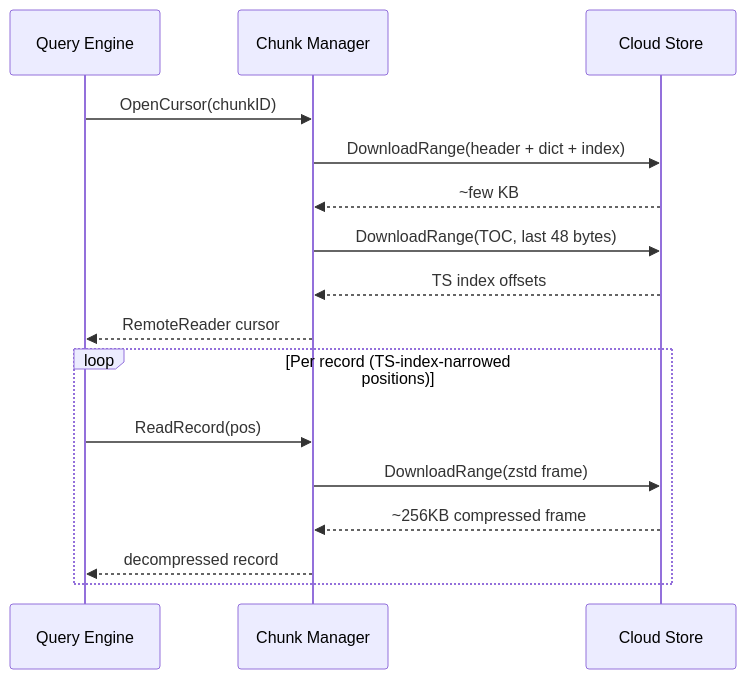
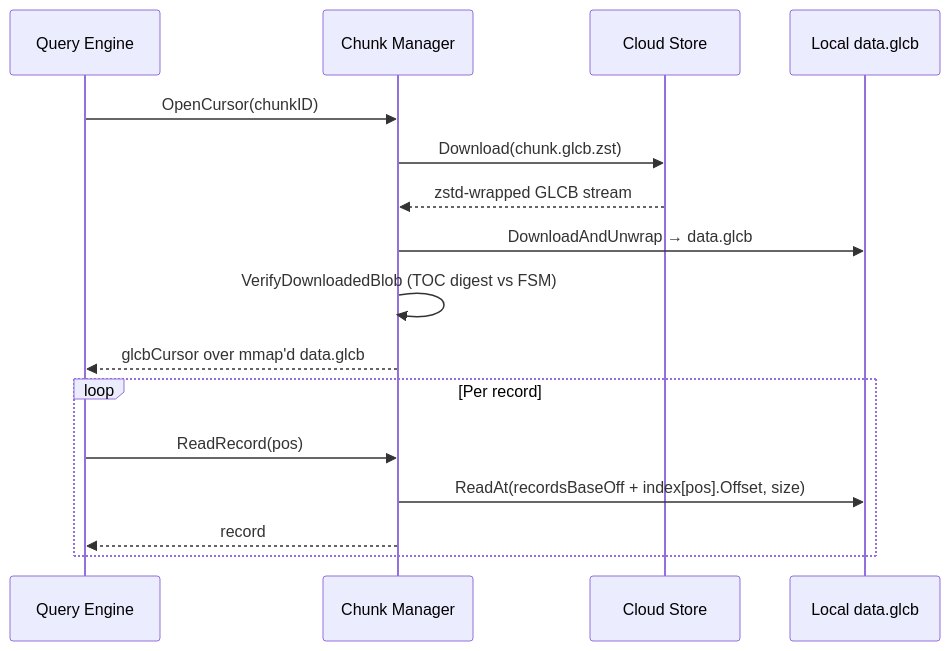
The seventh of 10 diagrams in docs/query_execution.md (kluzzebass/gastrolog), drawn with Mermaid before and after one commit. The commit also changed other lines of this file and 28 other files, not shown here.

````diff
--- a/docs/query_execution.md
+++ b/docs/query_execution.md
@@ -211,20 +213,20 @@
 ```mermaid
 sequenceDiagram
     participant QE as Query Engine
     participant CM as Chunk Manager
     participant S3 as Cloud Store
+    participant Cache as Local data.glcb
 
     QE->>CM: OpenCursor(chunkID)
-    CM->>S3: DownloadRange(header + dict + index)
-    S3-->>CM: ~few KB
-    CM->>S3: DownloadRange(TOC, last 48 bytes)
-    S3-->>CM: TS index offsets
-    CM-->>QE: RemoteReader cursor
+    CM->>S3: Download(chunk.glcb.zst)
+    S3-->>CM: zstd-wrapped GLCB stream
+    CM->>Cache: DownloadAndUnwrap → data.glcb
+    CM->>CM: VerifyDownloadedBlob (TOC digest vs FSM)
+    CM-->>QE: glcbCursor over mmap'd data.glcb
 
-    loop Per record (TS-index-narrowed positions)
+    loop Per record
         QE->>CM: ReadRecord(pos)
-        CM->>S3: DownloadRange(zstd frame)
-        S3-->>CM: ~256KB compressed frame
-        CM-->>QE: decompressed record
+        CM->>Cache: ReadAt(recordsBaseOff + index[pos].Offset, size)
+        CM-->>QE: record
     end
 ```
````
